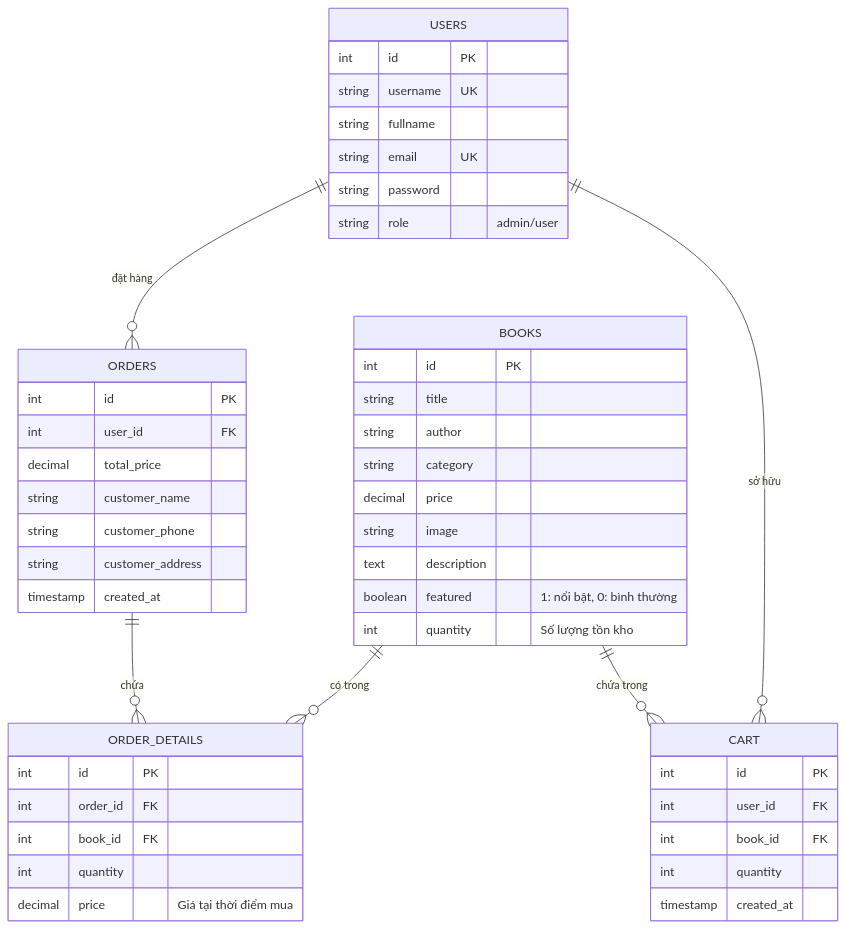
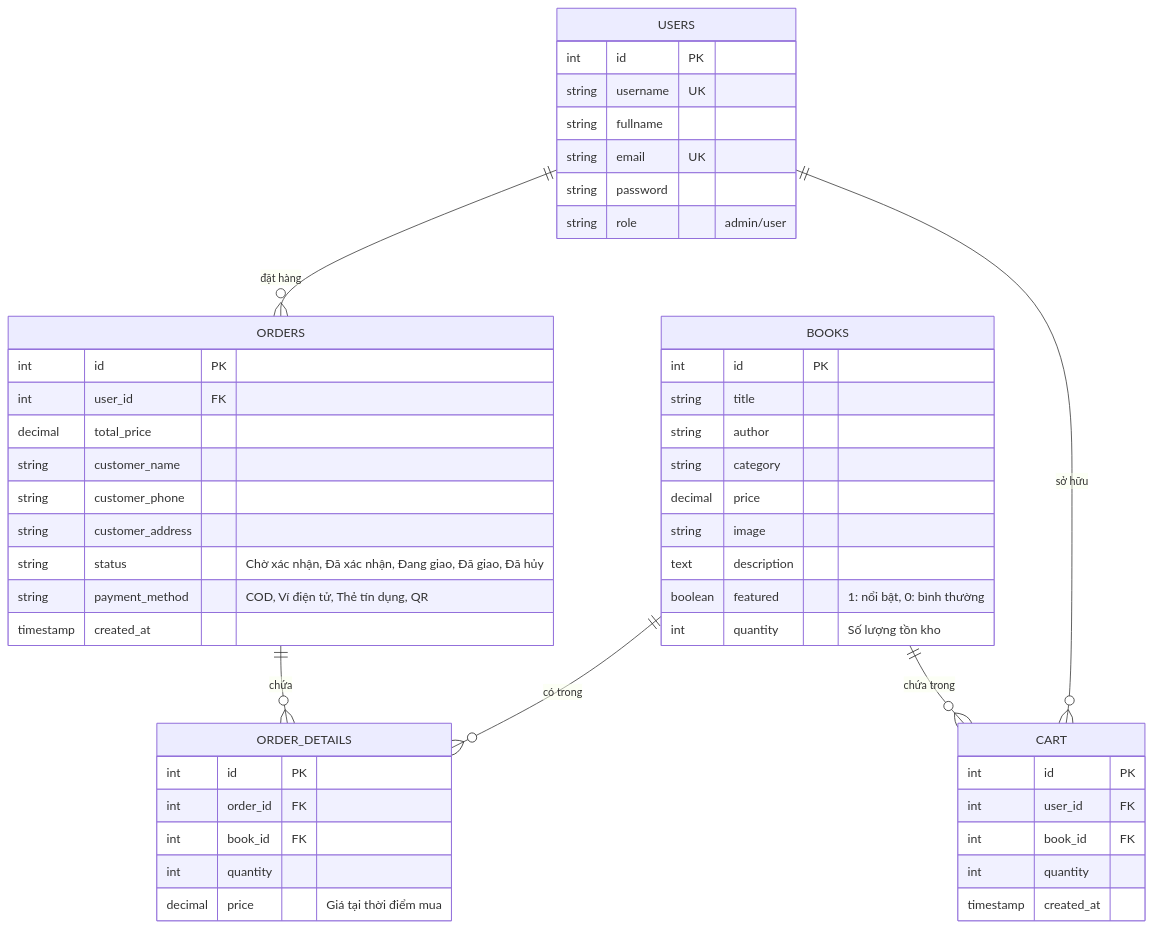
Before and after one commit to TrongLe05/Demo-PHP: the diagram in database_design.md, drawn with Mermaid. The commit also changed other lines of this file and 13 other files, not shown here.

Commit message:
sửa giao diện, thêm tính năng hủy đơn, đa thanh toán

````diff
--- a/database_design.md
+++ b/database_design.md
@@ -11,55 +11,57 @@
 ```mermaid
 erDiagram
     USERS ||--o{ ORDERS : "đặt hàng"
     BOOKS ||--o{ ORDER_DETAILS : "có trong"
     ORDERS ||--o{ ORDER_DETAILS : "chứa"
     USERS ||--o{ CART : "sở hữu"
     BOOKS ||--o{ CART : "chứa trong"
 
     USERS {
         int id PK
         string username UK
         string fullname
         string email UK
         string password
         string role "admin/user"
     }
 
     BOOKS {
         int id PK
         string title
         string author
         string category
         decimal price
         string image
         text description
         boolean featured "1: nổi bật, 0: bình thường"
         int quantity "Số lượng tồn kho"
     }
 
     ORDERS {
         int id PK
         int user_id FK
         decimal total_price
         string customer_name
         string customer_phone
         string customer_address
+        string status "Chờ xác nhận, Đã xác nhận, Đang giao, Đã giao, Đã hủy"
+        string payment_method "COD, Ví điện tử, Thẻ tín dụng, QR"
         timestamp created_at
     }
 
     ORDER_DETAILS {
         int id PK
         int order_id FK
         int book_id FK
         int quantity
         decimal price "Giá tại thời điểm mua"
     }
 
     CART {
         int id PK
         int user_id FK
         int book_id FK
         int quantity
         timestamp created_at
     }
 ```
````
